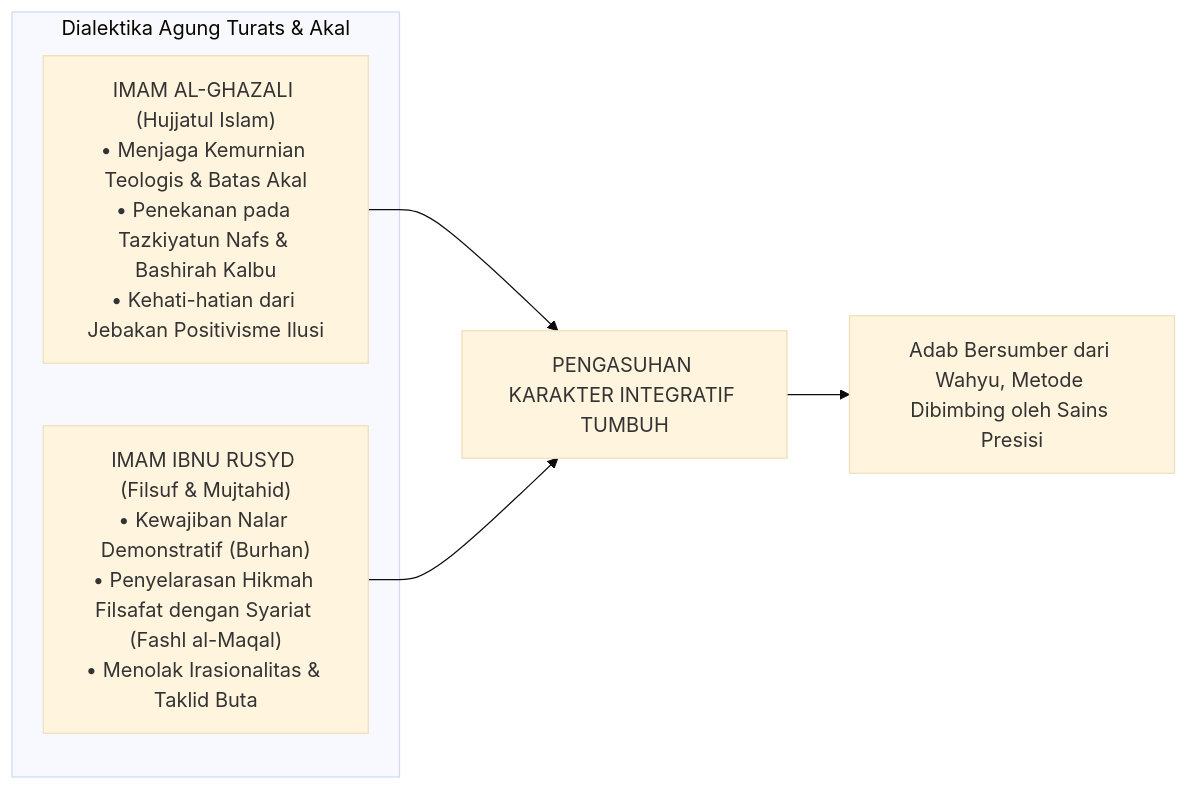
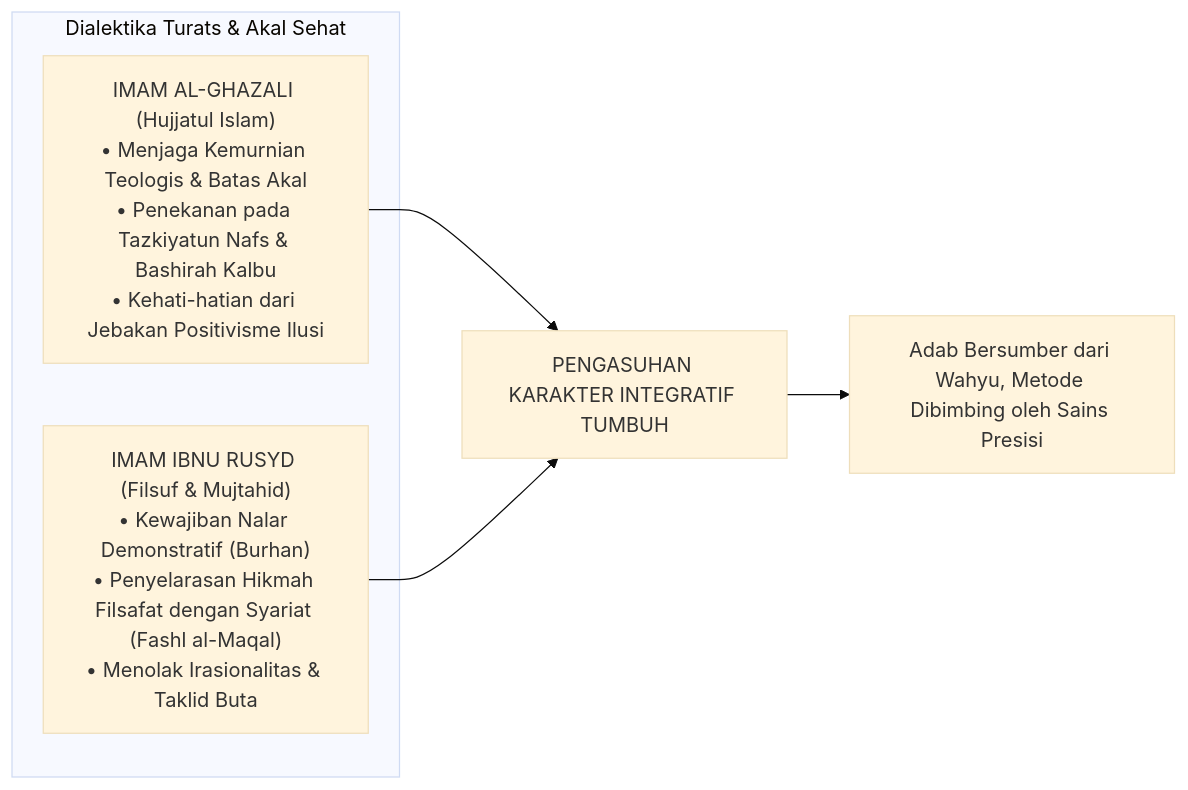
One commit to wandiapriliyandi/tumbuh changed the third of 5 diagrams in BOOK Series 1/01-The-Fundamental-of-TUMBUH/Bab-03-Epistemologi-Terpadu-Wahyu-Nalar-dan-Fakta-Empiris.md. Above: the diagram before and after it, drawn with Mermaid (base theme). The commit also changed other lines of this file and 20 other files, not shown here.

````diff
--- a/BOOK Series 1/01-The-Fundamental-of-TUMBUH/Bab-03-Epistemologi-Terpadu-Wahyu-Nalar-dan-Fakta-Empiris.md
+++ b/BOOK Series 1/01-The-Fundamental-of-TUMBUH/Bab-03-Epistemologi-Terpadu-Wahyu-Nalar-dan-Fakta-Empiris.md
@@ -166,12 +172,12 @@
 ```mermaid
 graph LR
-    subgraph SINTESIS_KEILMUAN_ISLAM["Dialektika Agung Turats & Akal"]
+    subgraph SINTESIS_KEILMUAN_ISLAM["Dialektika Turats & Akal Sehat"]
         G["IMAM AL-GHAZALI (Hujjatul Islam)<br/>• Menjaga Kemurnian Teologis & Batas Akal<br/>• Penekanan pada Tazkiyatun Nafs & Bashirah Kalbu<br/>• Kehati-hatian dari Jebakan Positivisme Ilusi"]
         R["IMAM IBNU RUSYD (Filsuf & Mujtahid)<br/>• Kewajiban Nalar Demonstratif (Burhan)<br/>• Penyelarasan Hikmah Filsafat dengan Syariat (Fashl al-Maqal)<br/>• Menolak Irasionalitas & Taklid Buta"]
     end
 
     G --> S["PENGASUHAN KARAKTER INTEGRATIF TUMBUH"]
     R --> S
 
     S --> M["Adab Bersumber dari Wahyu, Metode Dibimbing oleh Sains Presisi"]
 ```
````
